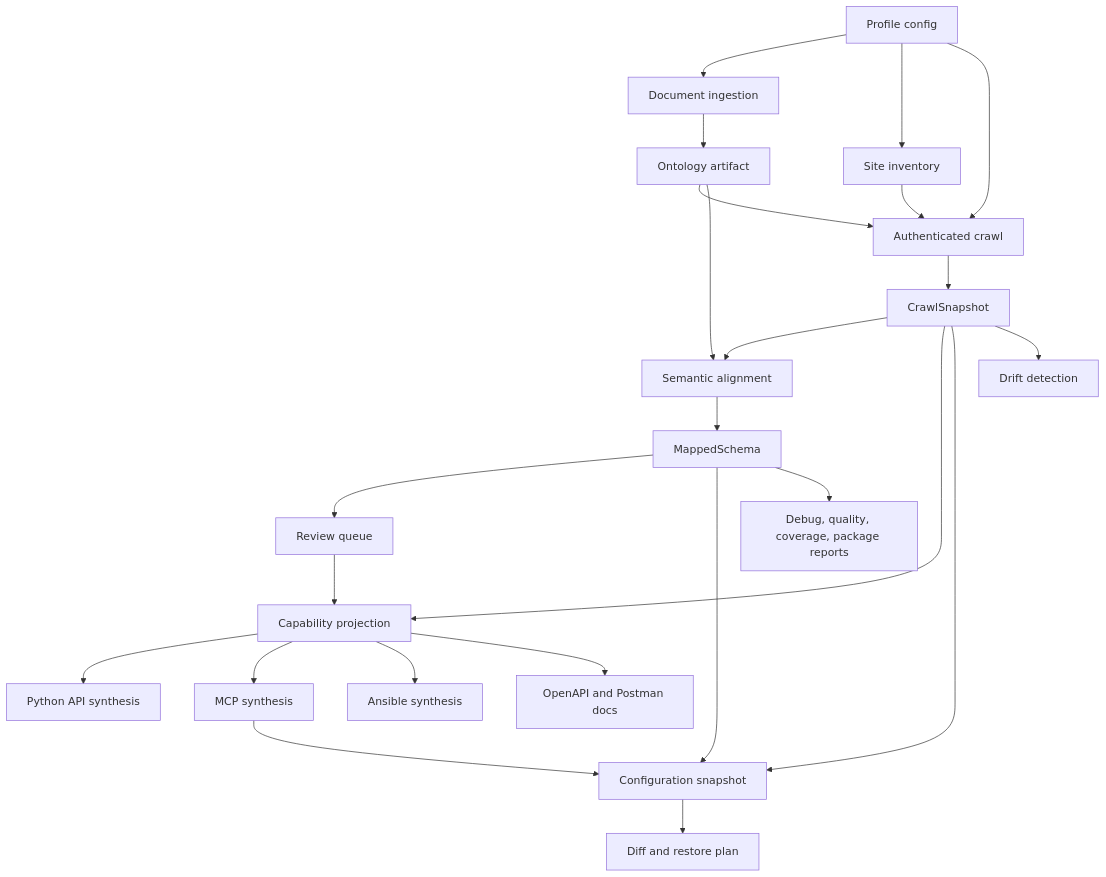
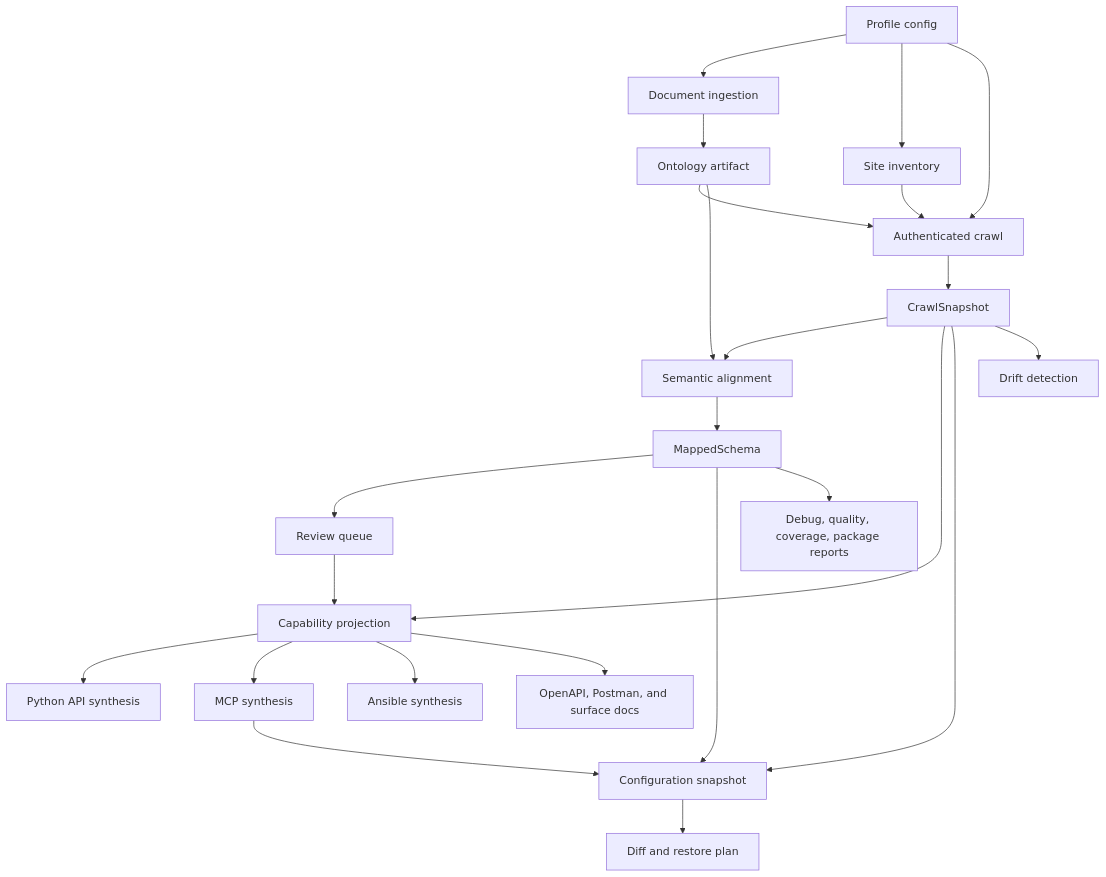
One commit to akarasulu/site-agent changed the second of 3 diagrams in docs/01_ARCHITECTURE.md. Above: the diagram before and after it, drawn with Mermaid. The commit also changed other lines of this file and 22 other files, not shown here.

````diff
--- a/docs/01_ARCHITECTURE.md
+++ b/docs/01_ARCHITECTURE.md
@@ -53,26 +53,26 @@
 ```mermaid
 flowchart TD
   Profile[Profile config] --> Ingest[Document ingestion]
   Ingest --> Ontology[Ontology artifact]
   Profile --> Inventory[Site inventory]
   Profile --> Crawl[Authenticated crawl]
   Ontology --> Crawl
   Inventory --> Crawl
   Crawl --> Snapshot[CrawlSnapshot]
   Snapshot --> Align[Semantic alignment]
   Ontology --> Align
   Align --> Schema[MappedSchema]
   Schema --> Review[Review queue]
   Review --> Capabilities[Capability projection]
   Snapshot --> Capabilities
   Capabilities --> APISynth[Python API synthesis]
   Capabilities --> MCPSynth[MCP synthesis]
   Capabilities --> AnsibleSynth[Ansible synthesis]
-  Capabilities --> DocsSynth[OpenAPI and Postman docs]
+  Capabilities --> DocsSynth[OpenAPI, Postman, and surface docs]
   Snapshot --> Config[Configuration snapshot]
   Schema --> Config
   MCPSynth --> Config
   Config --> Diff[Diff and restore plan]
   Snapshot --> Drift[Drift detection]
   Schema --> Reports[Debug, quality, coverage, package reports]
 ```
````
